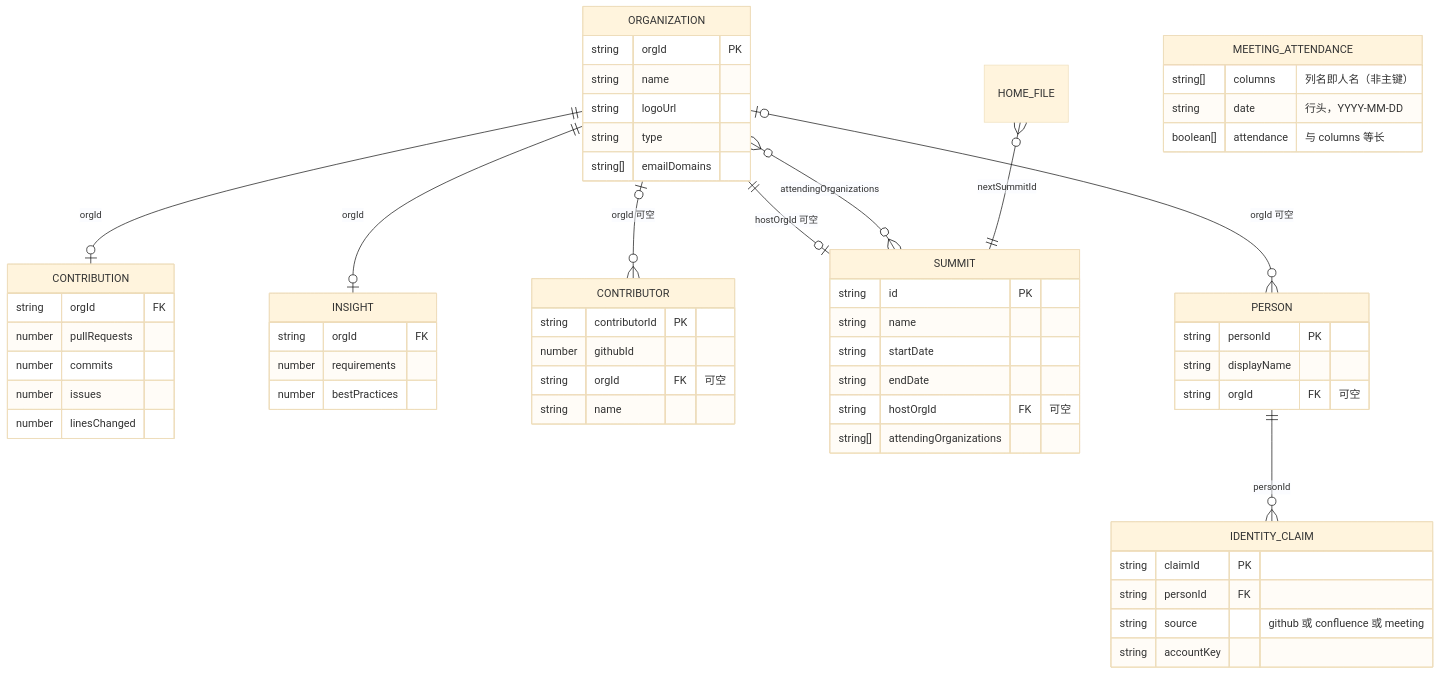
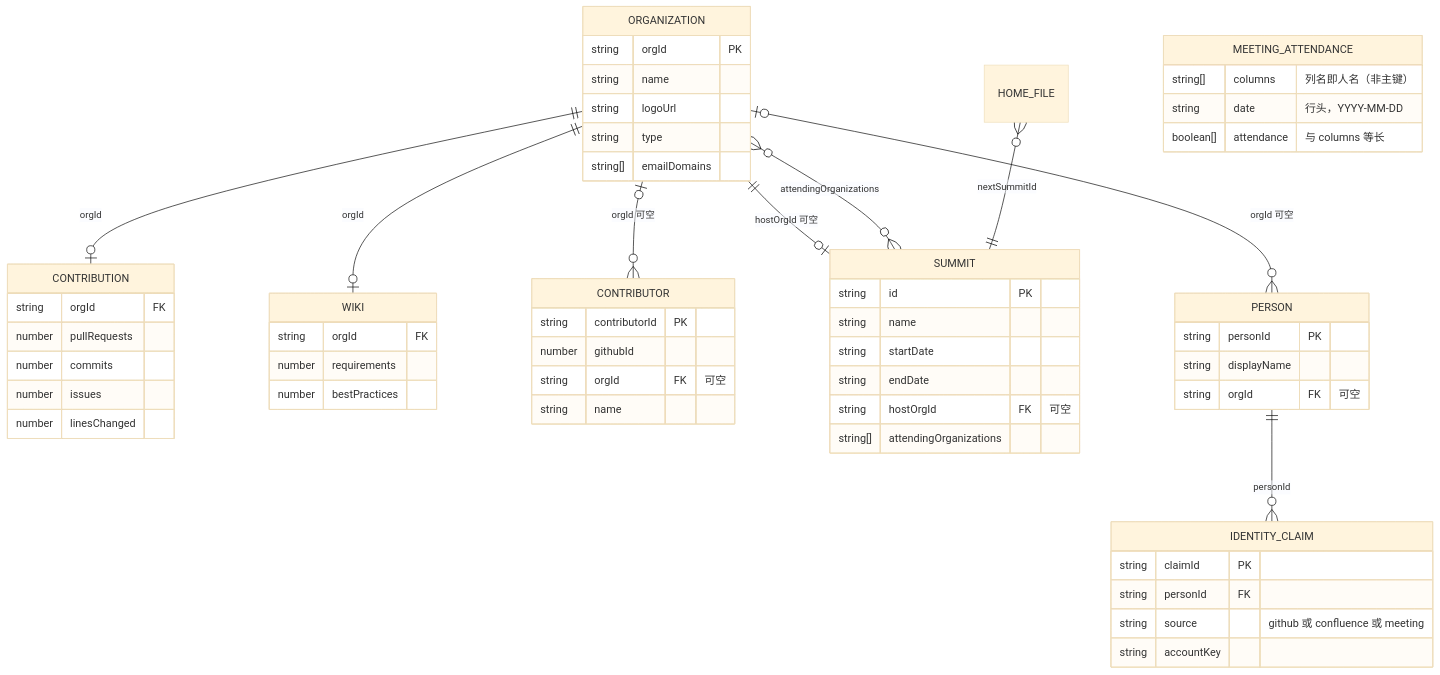
One commit to huang2001junjie-rgb/openan-operation-insights changed the diagram in docs/04-data-and-api-contract.md. Above: the diagram before and after it, drawn with Mermaid (base theme). The commit also changed other lines of this file and 39 other files, not shown here.

Commit message:
refactor: rename insight to wiki

````diff
--- a/docs/04-data-and-api-contract.md
+++ b/docs/04-data-and-api-contract.md
@@ -44,61 +44,61 @@
 ```mermaid
 erDiagram
   ORGANIZATION ||--o| CONTRIBUTION : "orgId"
-  ORGANIZATION ||--o| INSIGHT : "orgId"
+  ORGANIZATION ||--o| WIKI : "orgId"
   ORGANIZATION |o--o{ CONTRIBUTOR : "orgId 可空"
   ORGANIZATION ||--o| SUMMIT : "hostOrgId 可空"
   ORGANIZATION }o--o{ SUMMIT : "attendingOrganizations"
   HOME_FILE }o--|| SUMMIT : "nextSummitId"
   ORGANIZATION |o--o{ PERSON : "orgId 可空"
   PERSON ||--o{ IDENTITY_CLAIM : "personId"
 
   ORGANIZATION {
     string orgId PK
     string name
     string logoUrl
     string type
     string[] emailDomains
   }
   CONTRIBUTION {
     string orgId FK
     number pullRequests
     number commits
     number issues
     number linesChanged
   }
-  INSIGHT {
+  WIKI {
     string orgId FK
     number requirements
     number bestPractices
   }
   CONTRIBUTOR {
     string contributorId PK
     number githubId
     string orgId FK "可空"
     string name
   }
   SUMMIT {
     string id PK
     string name
     string startDate
     string endDate
     string hostOrgId FK "可空"
     string[] attendingOrganizations
   }
   MEETING_ATTENDANCE {
     string[] columns "列名即人名（非主键）"
     string date "行头，YYYY-MM-DD"
     boolean[] attendance "与 columns 等长"
   }
   PERSON {
     string personId PK
     string displayName
     string orgId FK "可空"
   }
   IDENTITY_CLAIM {
     string claimId PK
     string personId FK
     string source "github 或 confluence 或 meeting"
     string accountKey
   }
 ```
````
